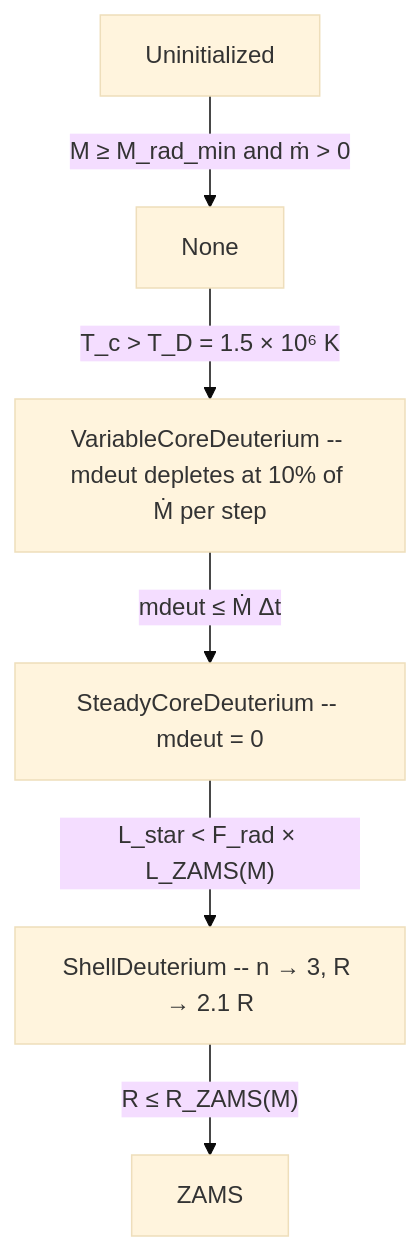
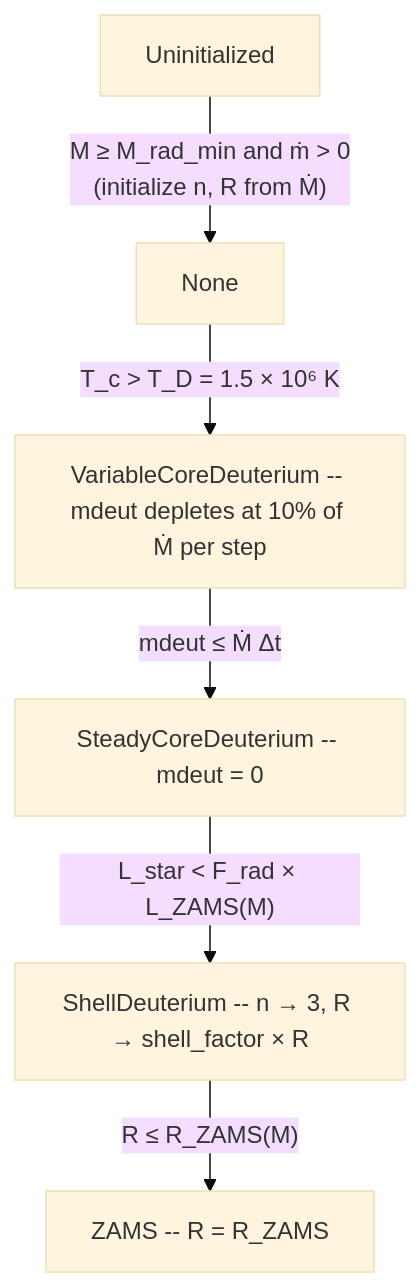
Before and after one commit to quokka-astro/quokka: the diagram in docs/markdown/particles.md, drawn with Mermaid (base theme). The commit also changed other lines of this file and 2 other files, not shown here.

````diff
--- a/docs/markdown/particles.md
+++ b/docs/markdown/particles.md
@@ -79,15 +84,15 @@
 ```mermaid
 flowchart TD
     A[Uninitialized]
     B[None]
     C[VariableCoreDeuterium -- mdeut depletes at 10% of Ṁ per step]
     D[SteadyCoreDeuterium -- mdeut = 0]
-    E[ShellDeuterium -- n → 3, R → 2.1 R]
-    F[ZAMS]
+    E[ShellDeuterium -- n → 3, R → shell_factor × R]
+    F[ZAMS -- R = R_ZAMS]
 
-    A -- "M ≥ M_rad_min and ṁ > 0" --> B
+    A -- "M ≥ M_rad_min and ṁ > 0\n(initialize n, R from Ṁ)" --> B
     B -- "T_c > T_D = 1.5 × 10⁶ K" --> C
     C -- "mdeut ≤ Ṁ Δt" --> D
     D -- "L_star < F_rad × L_ZAMS(M)" --> E
     E -- "R ≤ R_ZAMS(M)" --> F
 ```
````
